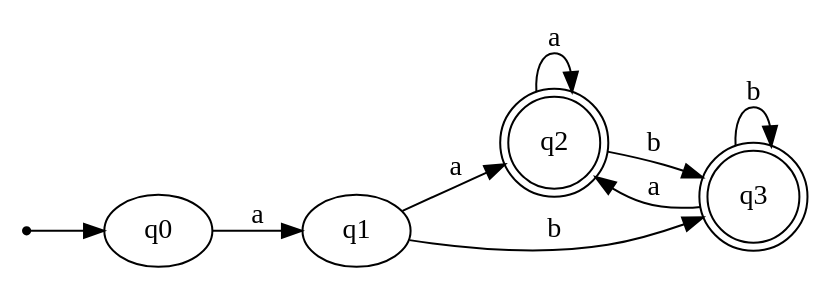
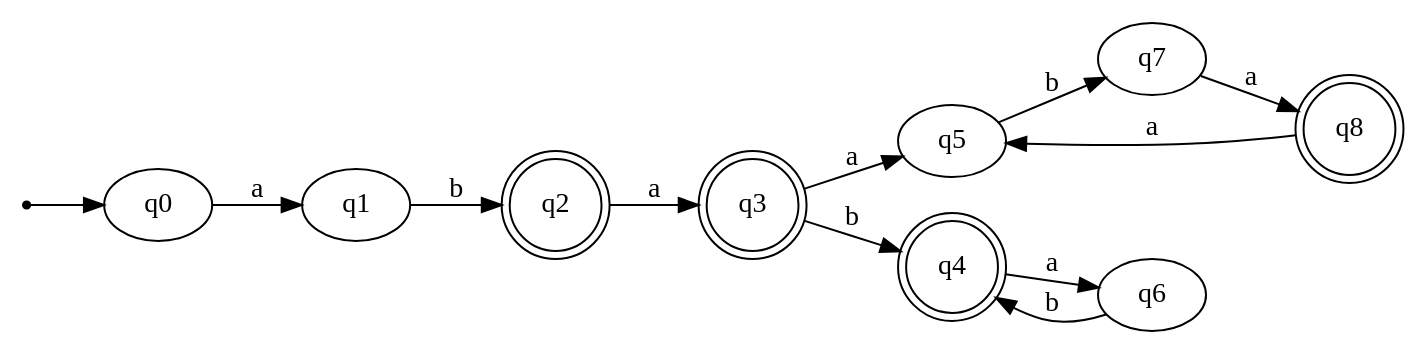
Before and after one commit to eabalestra/nondeterministic-finite-automaton: the diagram in example-automatons/automata_dfa.dot, drawn with Graphviz. The commit also changed 3 other files, not shown here.

```diff
--- a/example-automatons/automata_dfa.dot
+++ b/example-automatons/automata_dfa.dot
@@ -1,25 +1,42 @@
 digraph{
     rankdir=LR;
     inic[shape=point];
 
     inic->q0;
 
     q0->q1 [label="a"];
-    q1->q2 [label="a"];
-    q1->q3 [label="b"];
-    q2->q2 [label="a"];
-    q2->q3 [label="b"];
+    q1->q2 [label="b"];
+    q2->q3 [label="a"];
 
     q2[shape=doublecircle]
-    q3->q2 [label="a"];
-    q3->q3 [label="b"];
+    q3->q5 [label="a"];
+    q3->q4 [label="b"];
 
     q3[shape=doublecircle]
+    q4->q6 [label="a"];
+
+    q4[shape=doublecircle]
+    q5->q7 [label="b"];
+    q6->q4 [label="b"];
+    q7->q8 [label="a"];
+    q8->q5 [label="a"];
+
+    q8[shape=doublecircle]
 }
-//State q0: {0}
+//State q0: {0, 1, 4}
 
-//State q1: {1, 2}
+//State q1: {2, 5}
 
-//State q2: {1, 4, 3}
+//State q2: {3, 6}
 
-//State q3: {1, 3}
+//State q3: {2, 7}
+
+//State q4: {3}
+
+//State q5: {5}
+
+//State q6: {2}
+
+//State q7: {6}
+
+//State q8: {7}
```
